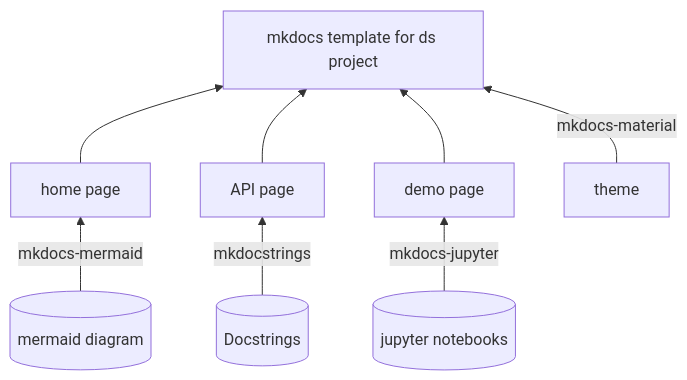
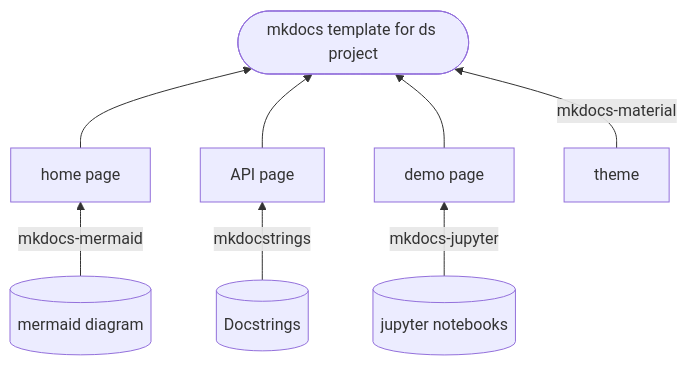
Before and after one commit to leowu4ever/MkDocs-template-data-science: the diagram in README.md, drawn with Mermaid. The commit also changed other lines of this file, not shown here.

````diff
--- a/README.md
+++ b/README.md
@@ -11,21 +15,21 @@
 ```mermaid
 %%{init: {'theme':'default'}}%%
 flowchart BT
 
 home[home page]
 api[API page]
 demo[demo page]
 mermaid[(mermaid diagram)]
 docstring[(Docstrings)]
 jupyter[(jupyter notebooks)]
-template[mkdocs template for ds project]
+template([mkdocs template for ds project])
 theme[theme]
 
 home -->template
 api-->template
 demo-->template
 mermaid --mkdocs-mermaid--> home
 docstring --mkdocstrings--> api
 jupyter --mkdocs-jupyter--> demo
 theme --mkdocs-material-->template
 ```
````
